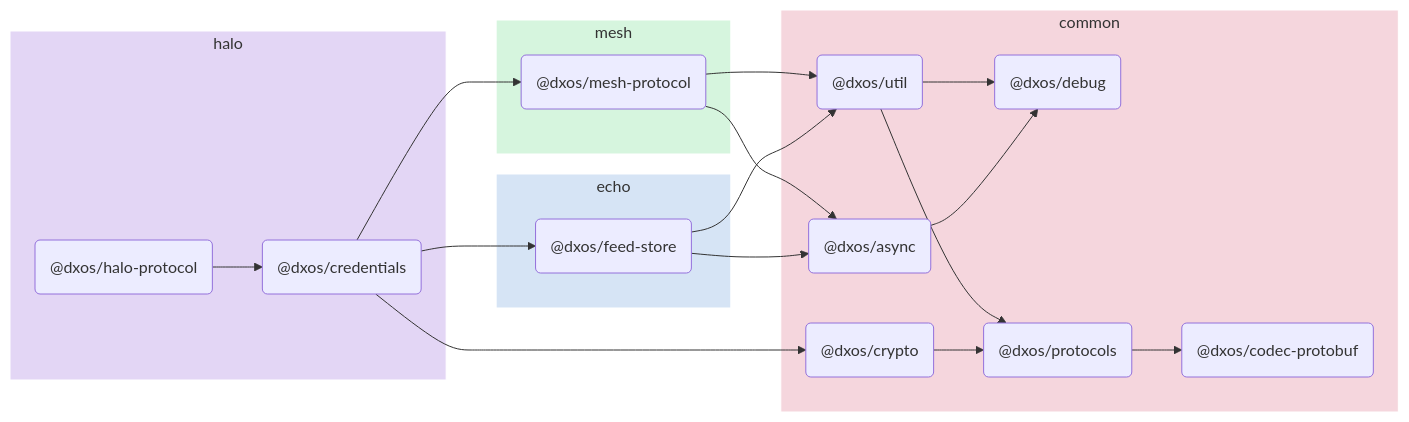
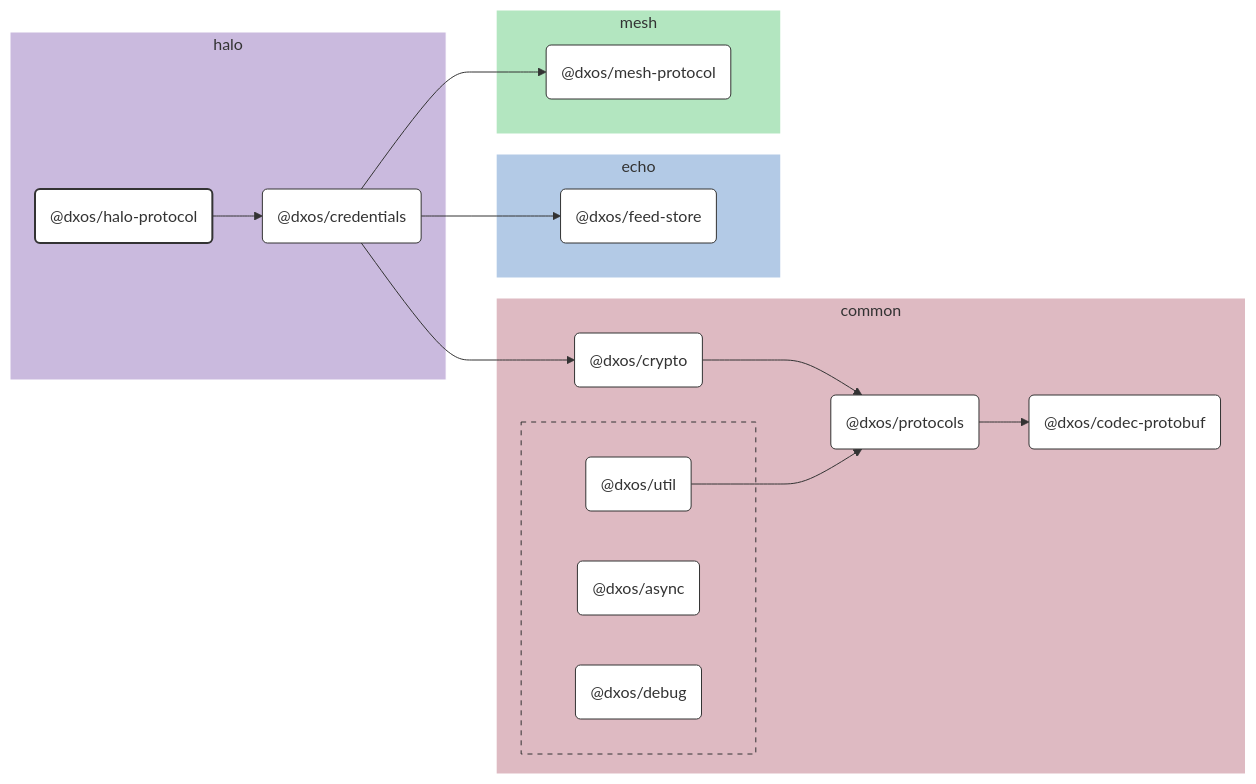
Before and after one commit to dxos/dxos: the diagram in packages/halo/halo-protocol/docs/README.md, drawn with Mermaid. The commit also changed other lines of this file and 109 other files, not shown here.

````diff
--- a/packages/halo/halo-protocol/docs/README.md
+++ b/packages/halo/halo-protocol/docs/README.md
@@ -5,43 +7,79 @@
 ```mermaid
-flowchart LR;
+%%{ init: {'flowchart':{'curve':'basis'}} }%%
 
+flowchart LR
+
+%% Links
+dxos/credentials --> dxos/crypto;
+dxos/credentials --> dxos/feed-store;
+dxos/credentials --> dxos/mesh-protocol;
+dxos/crypto --> dxos/protocols;
+dxos/halo-protocol --> dxos/credentials;
+dxos/protocols --> dxos/codec-protobuf;
+dxos/util --> dxos/protocols;
+
+%% Sections
 subgraph halo
-  style halo fill:#e3d6f5,stroke:#fff;
-  dxos/halo-protocol("@dxos/halo-protocol");
-  dxos/credentials("@dxos/credentials");
+  style halo fill:#cabade,stroke:#fff;
+
+  dxos/credentials("@dxos/credentials")
+  dxos/halo-protocol("@dxos/halo-protocol")
 end
 
 subgraph common
-  style common fill:#f5d6dd,stroke:#fff;
-  dxos/async("@dxos/async");
-  dxos/debug("@dxos/debug");
-  dxos/codec-protobuf("@dxos/codec-protobuf");
-  dxos/crypto("@dxos/crypto");
-  dxos/protocols("@dxos/protocols");
-  dxos/util("@dxos/util");
+  style common fill:#debac2,stroke:#fff;
+
+  dxos/codec-protobuf("@dxos/codec-protobuf")
+  dxos/crypto("@dxos/crypto")
+  dxos/protocols("@dxos/protocols")
+
+  subgraph common-excluded [ ]
+    style common-excluded fill:#debac2,stroke:#333,stroke-dasharray:5 5;
+
+    dxos/async("@dxos/async")
+    dxos/debug("@dxos/debug")
+    dxos/util("@dxos/util")
+  end
 end
 
 subgraph echo
-  style echo fill:#d6e4f5,stroke:#fff;
-  dxos/feed-store("@dxos/feed-store");
+  style echo fill:#b3cae6,stroke:#fff;
+
+  dxos/feed-store("@dxos/feed-store")
 end
 
 subgraph mesh
-  style mesh fill:#d6f5de,stroke:#fff;
-  dxos/mesh-protocol("@dxos/mesh-protocol");
+  style mesh fill:#b3e6c0,stroke:#fff;
+
+  dxos/mesh-protocol("@dxos/mesh-protocol")
 end
 
-dxos/async --> dxos/debug;
-dxos/halo-protocol --> dxos/credentials;
-dxos/credentials --> dxos/crypto;
-dxos/crypto --> dxos/protocols;
-dxos/protocols --> dxos/codec-protobuf;
-dxos/credentials --> dxos/feed-store;
-dxos/feed-store --> dxos/async;
-dxos/feed-store --> dxos/util;
-dxos/util --> dxos/debug;
-dxos/util --> dxos/protocols;
-dxos/credentials --> dxos/mesh-protocol;
-dxos/mesh-protocol --> dxos/async;
-dxos/mesh-protocol --> dxos/util;
+
+%% Hyperlinks
+click dxos/async href "https:/github.com/dxos/dxos/tree/main/packages/common/async/docs";
+click dxos/codec-protobuf href "https:/github.com/dxos/dxos/tree/main/packages/common/codec-protobuf/docs";
+click dxos/credentials href "https:/github.com/dxos/dxos/tree/main/packages/halo/credentials/docs";
+click dxos/crypto href "https:/github.com/dxos/dxos/tree/main/packages/common/crypto/docs";
+click dxos/debug href "https:/github.com/dxos/dxos/tree/main/packages/common/debug/docs";
+click dxos/feed-store href "https:/github.com/dxos/dxos/tree/main/packages/echo/feed-store/docs";
+click dxos/mesh-protocol href "https:/github.com/dxos/dxos/tree/main/packages/mesh/mesh-protocol/docs";
+click dxos/protocols href "https:/github.com/dxos/dxos/tree/main/packages/common/protocols/docs";
+click dxos/util href "https:/github.com/dxos/dxos/tree/main/packages/common/util/docs";
+
+%% Styles
+classDef rootNode fill:#fff,stroke:#333,stroke-width:2px
+classDef defaultNode fill:#fff,stroke:#333,stroke-width:1px
+linkStyle default stroke:#333,stroke-width:1px
+
+dxos/halo-protocol:::rootNode
+
+dxos/async:::defaultNode
+dxos/codec-protobuf:::defaultNode
+dxos/credentials:::defaultNode
+dxos/crypto:::defaultNode
+dxos/debug:::defaultNode
+dxos/feed-store:::defaultNode
+dxos/mesh-protocol:::defaultNode
+dxos/protocols:::defaultNode
+dxos/util:::defaultNode
 ```
````
